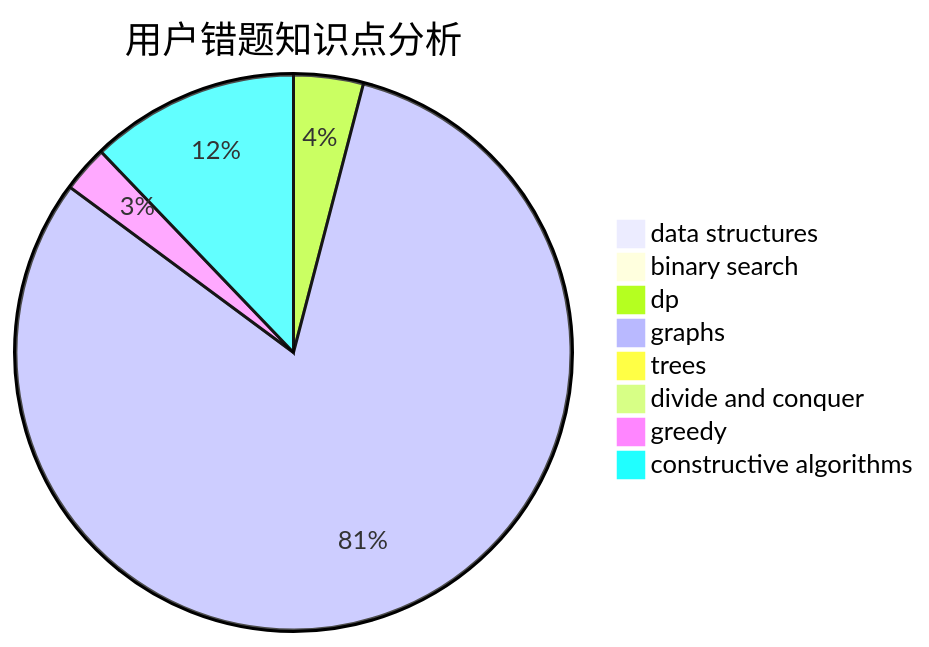
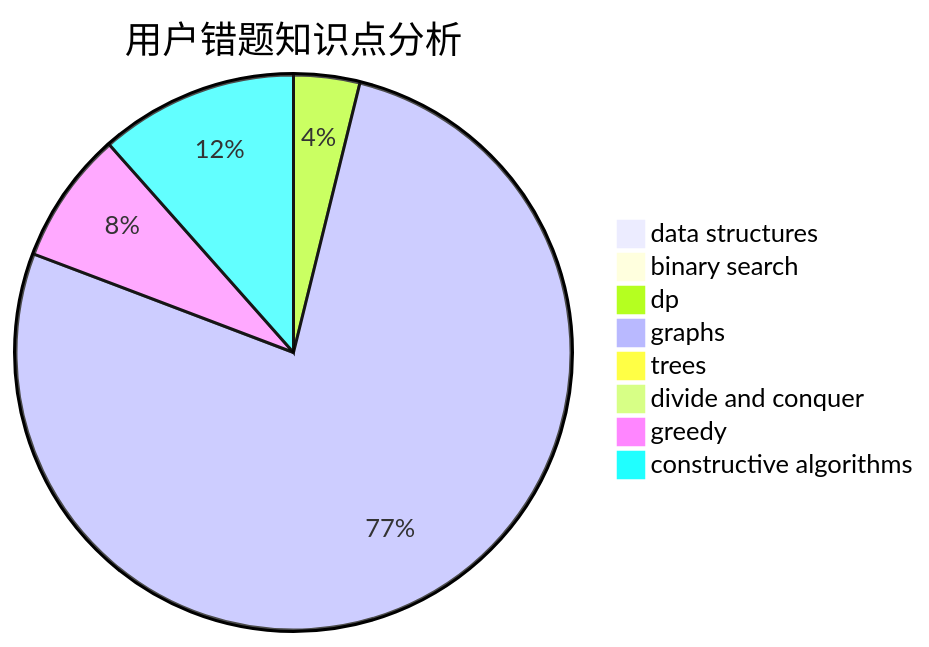
Before and after one commit to sherpahu/cfrs.github.io: the third of 3 diagrams in docs/user/u410.md, drawn with Mermaid. The commit also changed other lines of this file and 2770 other files, not shown here.

````diff
--- a/docs/user/u410.md
+++ b/docs/user/u410.md
@@ -36,11 +36,11 @@
 ```mermaid
 pie title 用户错题知识点分析
     "data structures" :  0
     "binary search" :  0
     "dp" :  3
     "graphs" :  60
     "trees" :  0
     "divide and conquer" :  0
-    "greedy" :  2
+    "greedy" :  6
     "constructive algorithms" :  9
 ```
````
